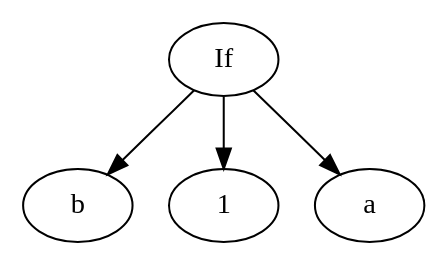
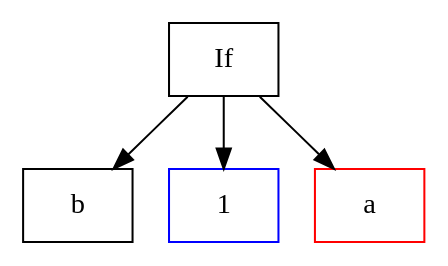
Before and after one commit to chathamabate/youtube-misc: the diagram in boolreduce/graphs/eval6.gv, drawn with Graphviz. The commit also changed 17 other files, not shown here.

```diff
--- a/boolreduce/graphs/eval6.gv
+++ b/boolreduce/graphs/eval6.gv
@@ -1,11 +1,13 @@
 
 // Eval 6
 digraph G {
+    node [shape = "box"]
+
     n0 [label="If"];
     n0 -> n1;
     n1 [label="b"];
     n0 -> n2;
-    n2 [label="1"];
+    n2 [label="1" color="blue"];
     n0 -> n3;
-    n3 [label="a"];
+    n3 [label="a" color= "red"];
 }
```
